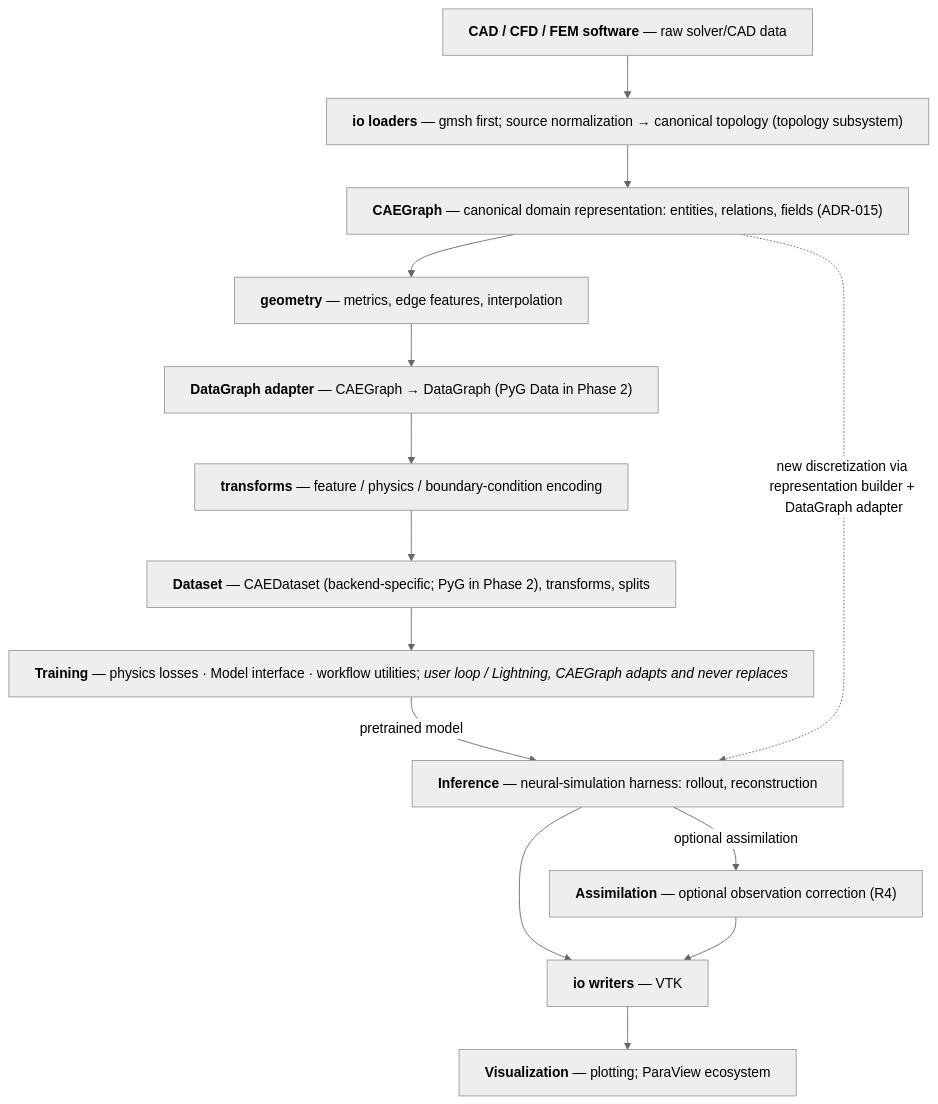
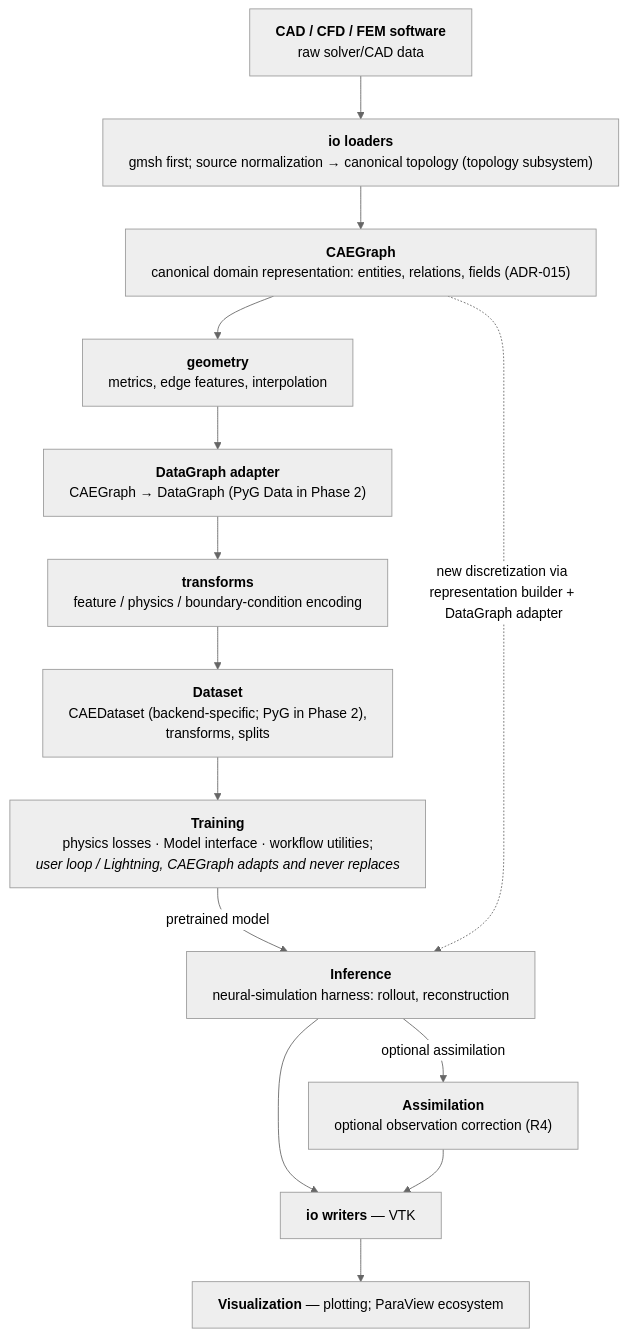
The second of 5 diagrams in architecture/ARCHITECTURE.md (XYChouMian/caegraph), drawn with Mermaid (neutral theme) before and after one commit. The commit also changed other lines of this file and 2 other files, not shown here.

Commit message:
docs(architecture): wrap long mermaid labels and sync hierarchy diagrams

````diff
--- a/architecture/ARCHITECTURE.md
+++ b/architecture/ARCHITECTURE.md
@@ -82,25 +82,25 @@
 ```mermaid
 flowchart TD
     classDef nowrap white-space:nowrap
 
-    A["<b>CAD / CFD / FEM software</b> — raw solver/CAD data"]
-    B["<b>io loaders</b> — gmsh first; source normalization → canonical topology (topology subsystem)"]
-    C["<b>CAEGraph</b> — canonical domain representation: entities, relations, fields (ADR-015)"]
-    D["<b>geometry</b> — metrics, edge features, interpolation"]
-    E["<b>DataGraph adapter</b> — CAEGraph → DataGraph (PyG Data in Phase 2)"]
-    F["<b>transforms</b> — feature / physics / boundary-condition encoding"]
-    G["<b>Dataset</b> — CAEDataset (backend-specific; PyG in Phase 2), transforms, splits"]
-    H["<b>Training</b> — physics losses · Model interface · workflow utilities; <i>user loop / Lightning, CAEGraph adapts and never replaces</i>"]
-    I["<b>Inference</b> — neural-simulation harness: rollout, reconstruction"]
-    J["<b>Assimilation</b> — optional observation correction (R4)"]
+    A["<b>CAD / CFD / FEM software</b><br>raw solver/CAD data"]
+    B["<b>io loaders</b><br>gmsh first; source normalization → canonical topology (topology subsystem)"]
+    C["<b>CAEGraph</b><br>canonical domain representation: entities, relations, fields (ADR-015)"]
+    D["<b>geometry</b><br>metrics, edge features, interpolation"]
+    E["<b>DataGraph adapter</b><br>CAEGraph → DataGraph (PyG Data in Phase 2)"]
+    F["<b>transforms</b><br>feature / physics / boundary-condition encoding"]
+    G["<b>Dataset</b><br>CAEDataset (backend-specific; PyG in Phase 2),<br>transforms, splits"]
+    H["<b>Training</b><br>physics losses · Model interface · workflow utilities;<br><i>user loop / Lightning, CAEGraph adapts and never replaces</i>"]
+    I["<b>Inference</b><br>neural-simulation harness: rollout, reconstruction"]
+    J["<b>Assimilation</b><br>optional observation correction (R4)"]
     K["<b>io writers</b> — VTK"]
     L["<b>Visualization</b> — plotting; ParaView ecosystem"]
 
     A --> B --> C --> D --> E --> F --> G --> H
     H -->|"pretrained model"| I
     C -.->|"new discretization via representation builder + DataGraph adapter"| I
     I --> K --> L
     I -->|"optional assimilation"| J --> K
 
     class A,B,C,D,E,F,G,H,I,J,K,L nowrap
 ```
````
